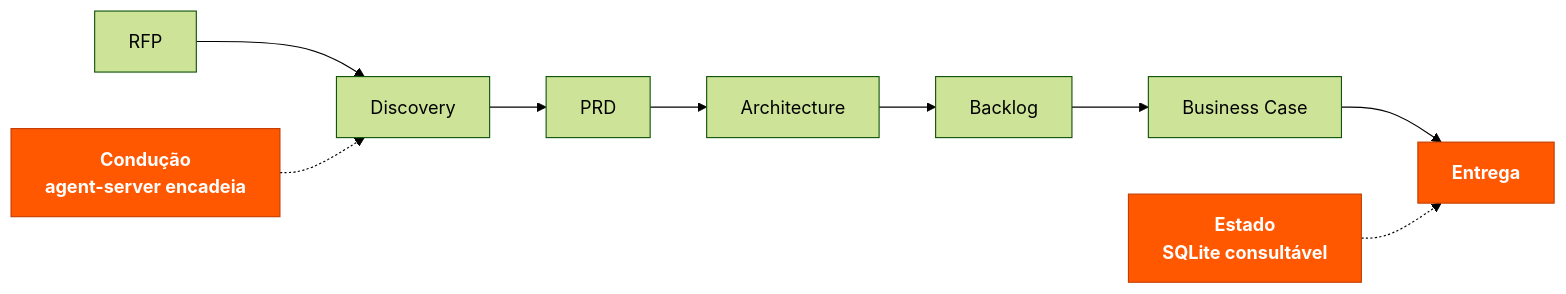
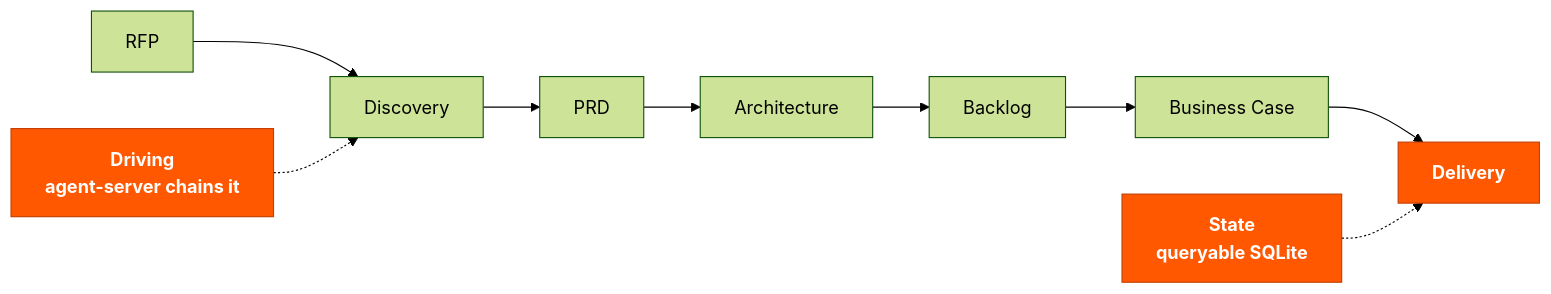
One commit to juliopessan/DABBA-STUDIO changed the second of 2 diagrams in README.md. Above: the diagram before and after it, drawn with Mermaid (forest theme). The commit also changed other lines of this file and 61 other files, not shown here.

````diff
--- a/README.md
+++ b/README.md
@@ -56,9 +57,9 @@
 ```mermaid
 flowchart LR
-    RFP[RFP] --> D[Discovery] --> P[PRD] --> A[Architecture] --> B[Backlog] --> BC[Business Case] --> OUT[Entrega]
-    COND["Condução<br/>agent-server encadeia"] -.-> D
-    EST["Estado<br/>SQLite consultável"] -.-> OUT
+    RFP[RFP] --> D[Discovery] --> P[PRD] --> A[Architecture] --> B[Backlog] --> BC[Business Case] --> OUT[Delivery]
+    COND["Driving<br/>agent-server chains it"] -.-> D
+    EST["State<br/>queryable SQLite"] -.-> OUT
 
     classDef delta fill:#FF5800,stroke:#C43E00,color:#ffffff,font-weight:bold
     class COND,EST,OUT delta
 ```
````
